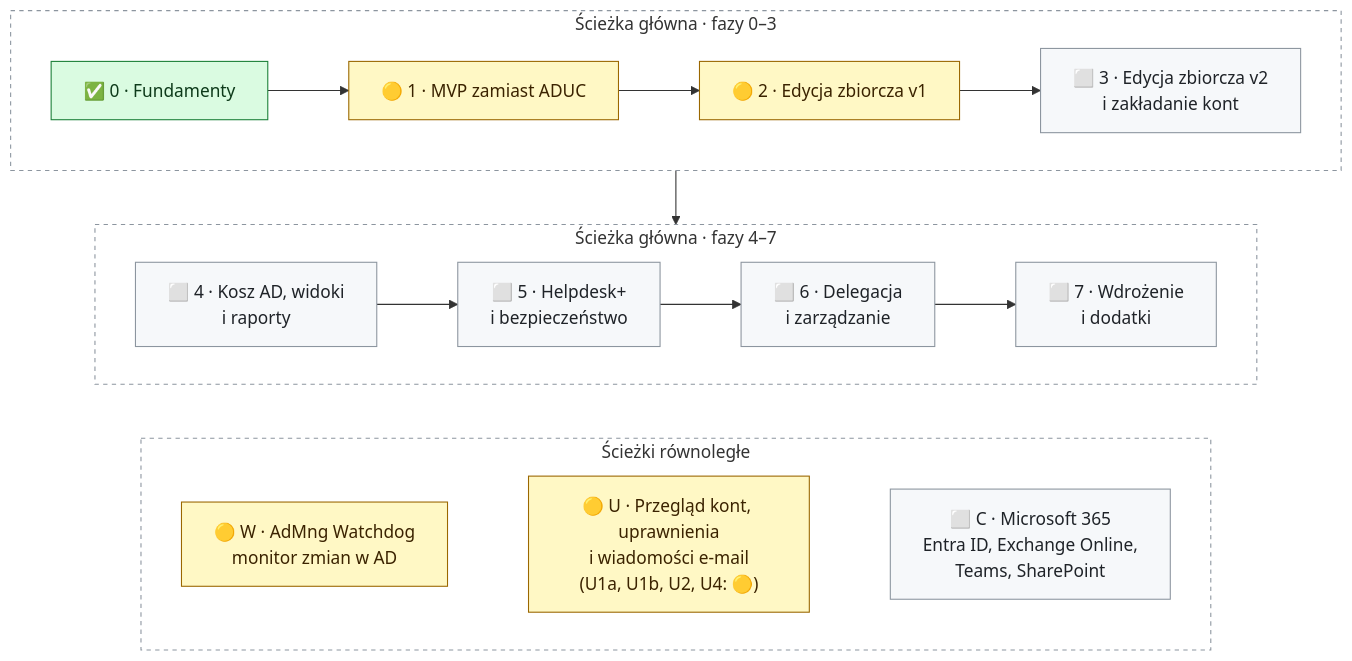
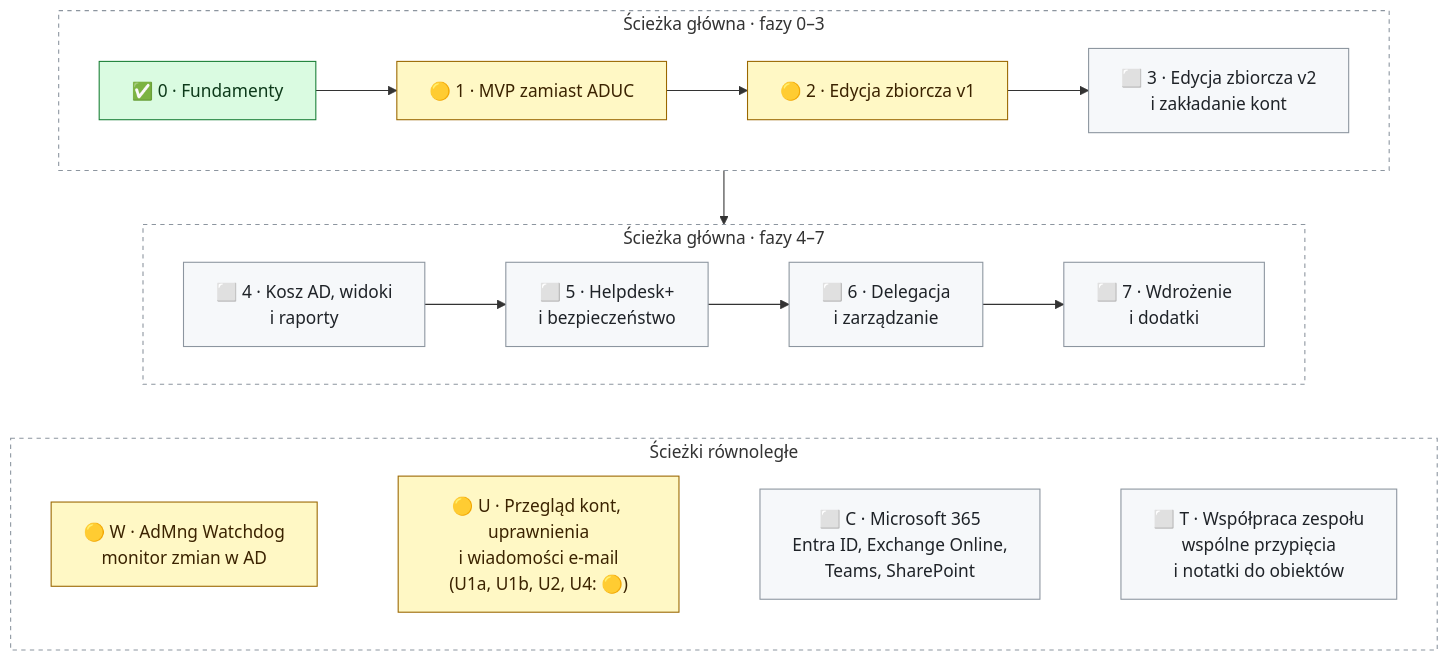
One commit to DarienRahl/AD_MNG changed the diagram in README.md. Above: the diagram before and after it, drawn with Mermaid. The commit also changed other lines of this file and 1 other file, not shown here.

First line of the commit message:
Roadmap: track T – team collaboration through the AdMng Watchdog service

````diff
--- a/README.md
+++ b/README.md
@@ -177,26 +177,26 @@
 ```mermaid
 flowchart TB
     subgraph A["Ścieżka główna · fazy 0–3"]
         direction LR
         F0["✅ 0 · Fundamenty"] --> F1["🟡 1 · MVP zamiast ADUC"] --> F2["🟡 2 · Edycja zbiorcza v1"] --> F3["⬜ 3 · Edycja zbiorcza v2<br/>i zakładanie kont"]
     end
     subgraph B["Ścieżka główna · fazy 4–7"]
         direction LR
         F4["⬜ 4 · Kosz AD, widoki<br/>i raporty"] --> F5["⬜ 5 · Helpdesk+<br/>i bezpieczeństwo"] --> F6["⬜ 6 · Delegacja<br/>i zarządzanie"] --> F7["⬜ 7 · Wdrożenie<br/>i dodatki"]
     end
     subgraph C["Ścieżki równoległe"]
         direction LR
-        W["🟡 W · AdMng Watchdog<br/>monitor zmian w AD"] ~~~ U["🟡 U · Przegląd kont, uprawnienia<br/>i wiadomości e-mail<br/>(U1a, U1b, U2, U4: 🟡)"] ~~~ M365["⬜ C · Microsoft 365<br/>Entra ID, Exchange Online,<br/>Teams, SharePoint"]
+        W["🟡 W · AdMng Watchdog<br/>monitor zmian w AD"] ~~~ U["🟡 U · Przegląd kont, uprawnienia<br/>i wiadomości e-mail<br/>(U1a, U1b, U2, U4: 🟡)"] ~~~ M365["⬜ C · Microsoft 365<br/>Entra ID, Exchange Online,<br/>Teams, SharePoint"] ~~~ TEAM["⬜ T · Współpraca zespołu<br/>wspólne przypięcia<br/>i notatki do obiektów"]
     end
     A --> B
     B ~~~ C
     classDef done fill:#dafbe1,stroke:#1a7f37,color:#0d3a1a
     classDef wip fill:#fff8c5,stroke:#9a6700,color:#3b2300
     classDef todo fill:#f6f8fa,stroke:#8c959f,color:#1f2328
     class F0 done
     class F1,F2,W,U wip
-    class F3,F4,F5,F6,F7,M365 todo
+    class F3,F4,F5,F6,F7,M365,TEAM todo
     style A fill:transparent,stroke:#8c959f,stroke-dasharray:4 4
     style B fill:transparent,stroke:#8c959f,stroke-dasharray:4 4
     style C fill:transparent,stroke:#8c959f,stroke-dasharray:4 4
 ```
````
